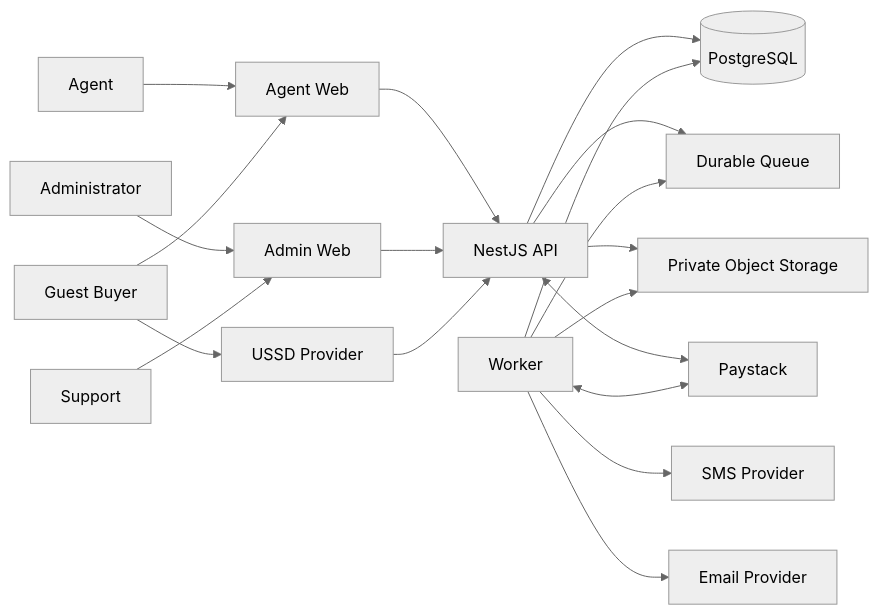
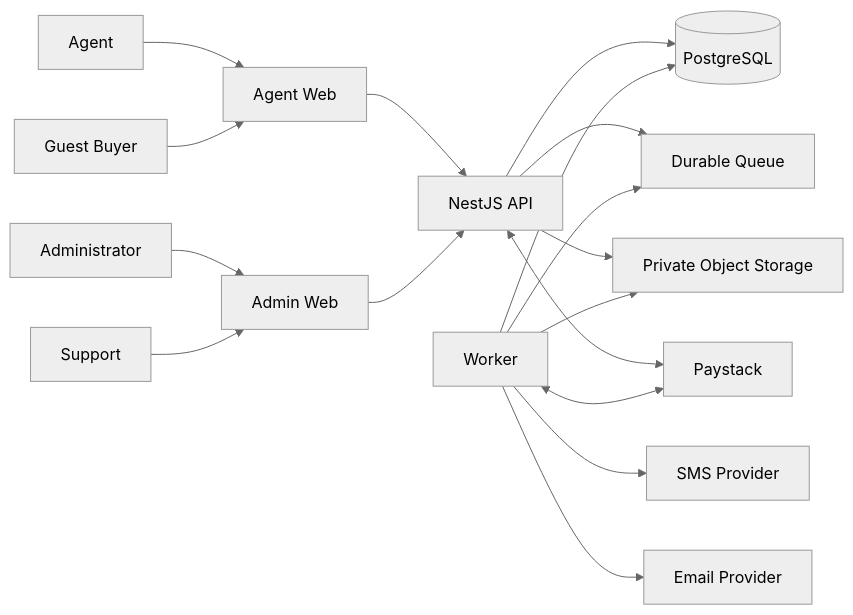
Before and after one commit to divquan/doraf: the diagram in docs/architecture/system-context.md, drawn with Mermaid (neutral theme). The commit also changed other lines of this file and 34 other files, not shown here.

````diff
--- a/docs/architecture/system-context.md
+++ b/docs/architecture/system-context.md
@@ -95,24 +95,22 @@
 ```mermaid
 flowchart LR
     Agent[Agent] --> AgentWeb[Agent Web]
     Buyer[Guest Buyer] --> AgentWeb
-    Buyer --> USSD[USSD Provider]
     Admin[Administrator] --> AdminWeb[Admin Web]
     Support[Support] --> AdminWeb
 
     AgentWeb --> API[NestJS API]
     AdminWeb --> API
-    USSD --> API
 
     API --> DB[(PostgreSQL)]
     API --> Queue[Durable Queue]
     Worker[Worker] --> Queue
     Worker --> DB
     API --> Storage[Private Object Storage]
     Worker --> Storage
 
     API <--> Paystack[Paystack]
     Worker <--> Paystack
     Worker --> SMS[SMS Provider]
     Worker --> Email[Email Provider]
 ```
````
